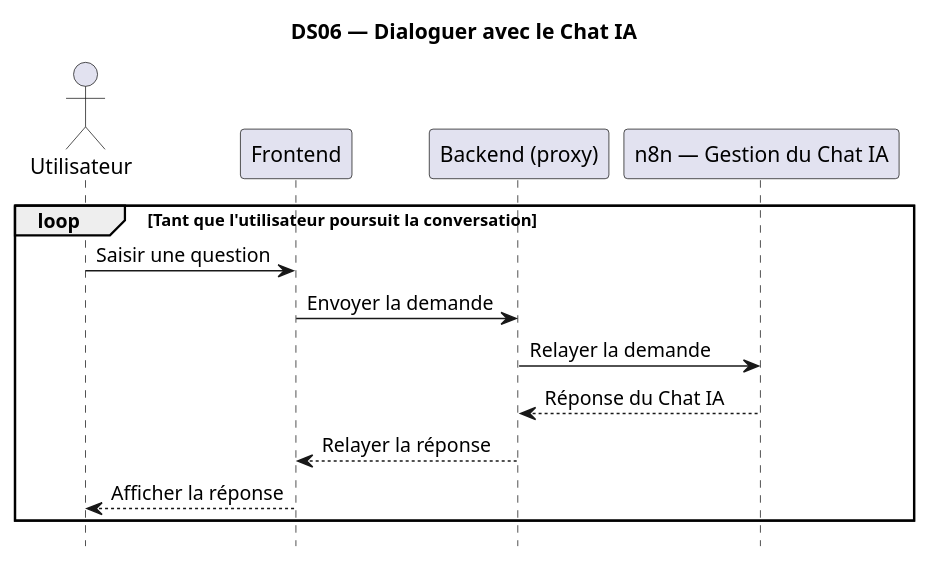
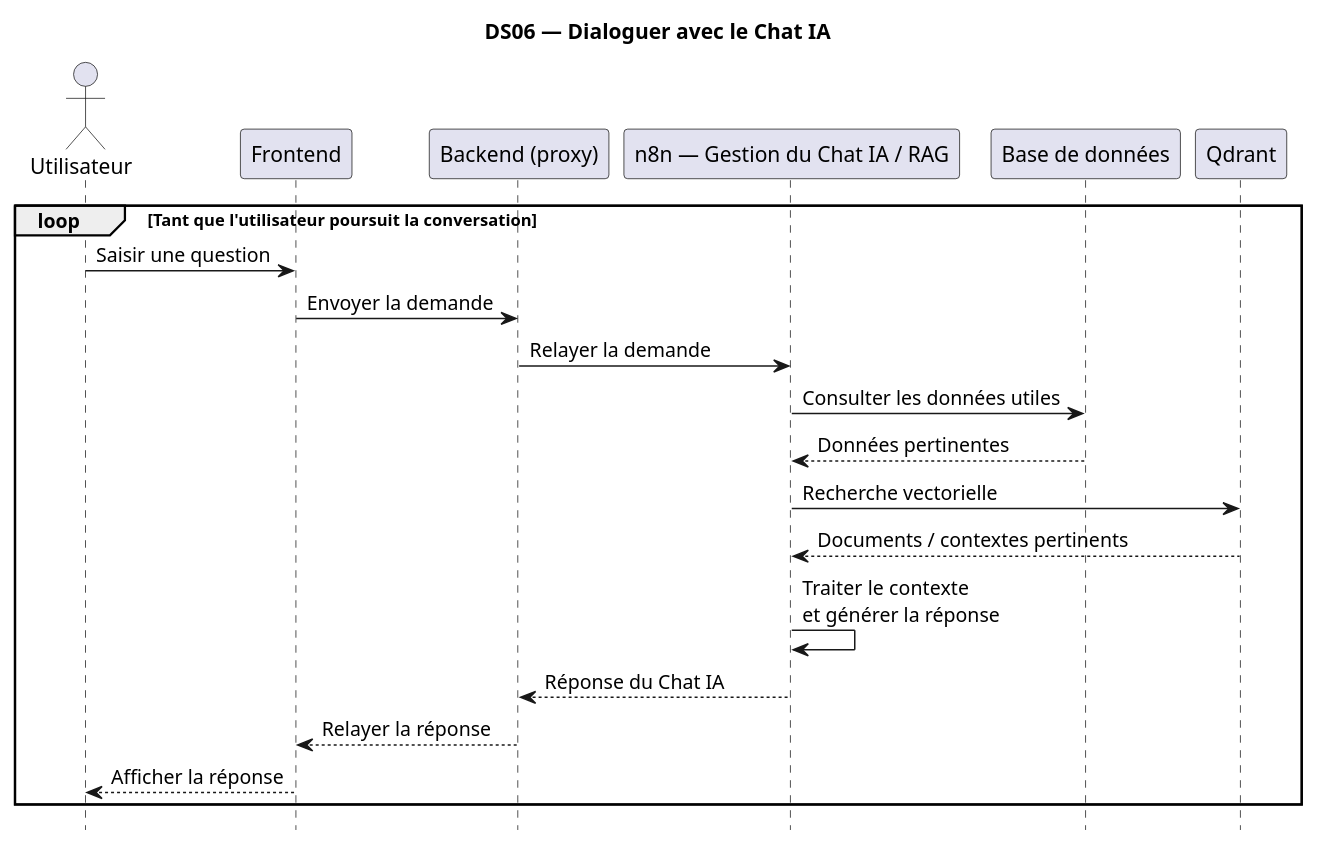
Before and after one commit to TkAbeleon/NoteAcemiqueProjetSoutenanceL3: the diagram in UML_JeryMotro/DS06_Dialoguer_chat_IA.plantuml, drawn with PlantUML.

Commit message:
Corriger DS06 pour intégrer DB et Qdrant dans le flux RAG

```diff
--- a/UML_JeryMotro/DS06_Dialoguer_chat_IA.plantuml
+++ b/UML_JeryMotro/DS06_Dialoguer_chat_IA.plantuml
@@ -1,21 +1,34 @@
 @startuml
 
 title DS06 — Dialoguer avec le Chat IA
 hide footbox
 skinparam shadowing false
 
 actor "Utilisateur" as U
 participant "Frontend" as F
 participant "Backend (proxy)" as B
-participant "n8n — Gestion du Chat IA" as N8N
+participant "n8n — Gestion du Chat IA / RAG" as N8N
+participant "Base de données" as DB
+participant "Qdrant" as Q
 
 loop Tant que l'utilisateur poursuit la conversation
+
     U -> F : Saisir une question
     F -> B : Envoyer la demande
     B -> N8N : Relayer la demande
+
+    N8N -> DB : Consulter les données utiles
+    DB --> N8N : Données pertinentes
+
+    N8N -> Q : Recherche vectorielle
+    Q --> N8N : Documents / contextes pertinents
+
+    N8N -> N8N : Traiter le contexte\net générer la réponse
+
     N8N --> B : Réponse du Chat IA
     B --> F : Relayer la réponse
     F --> U : Afficher la réponse
+
 end
 
 @enduml
```
